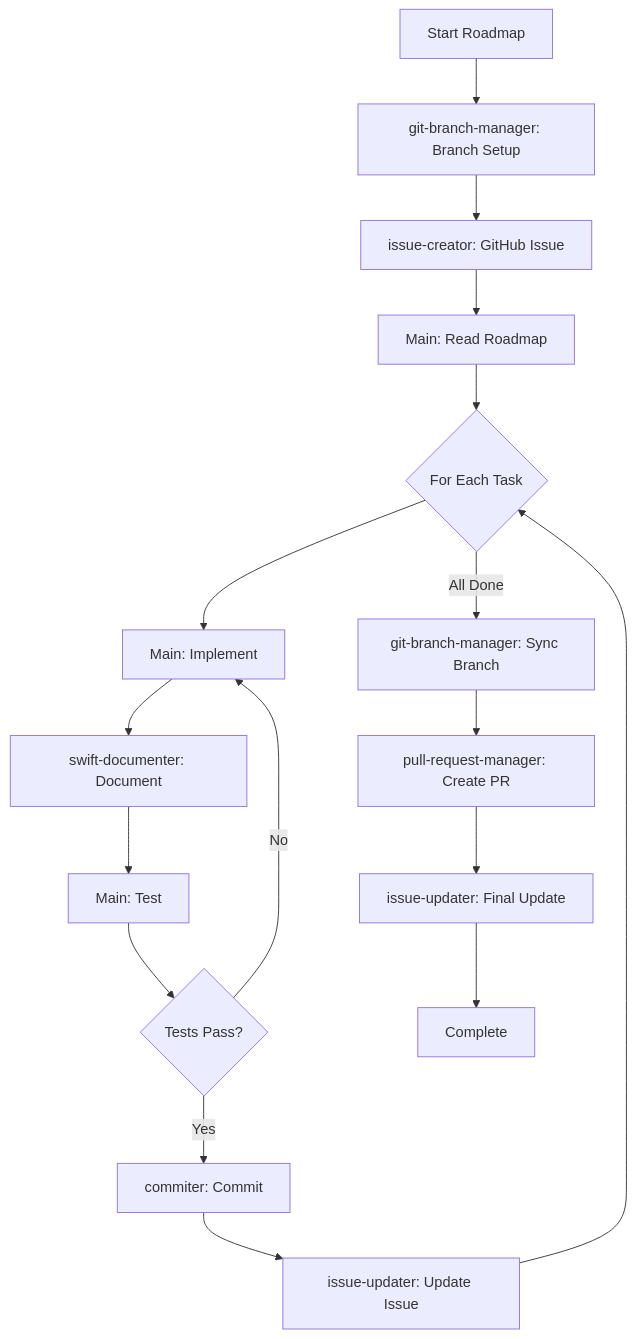
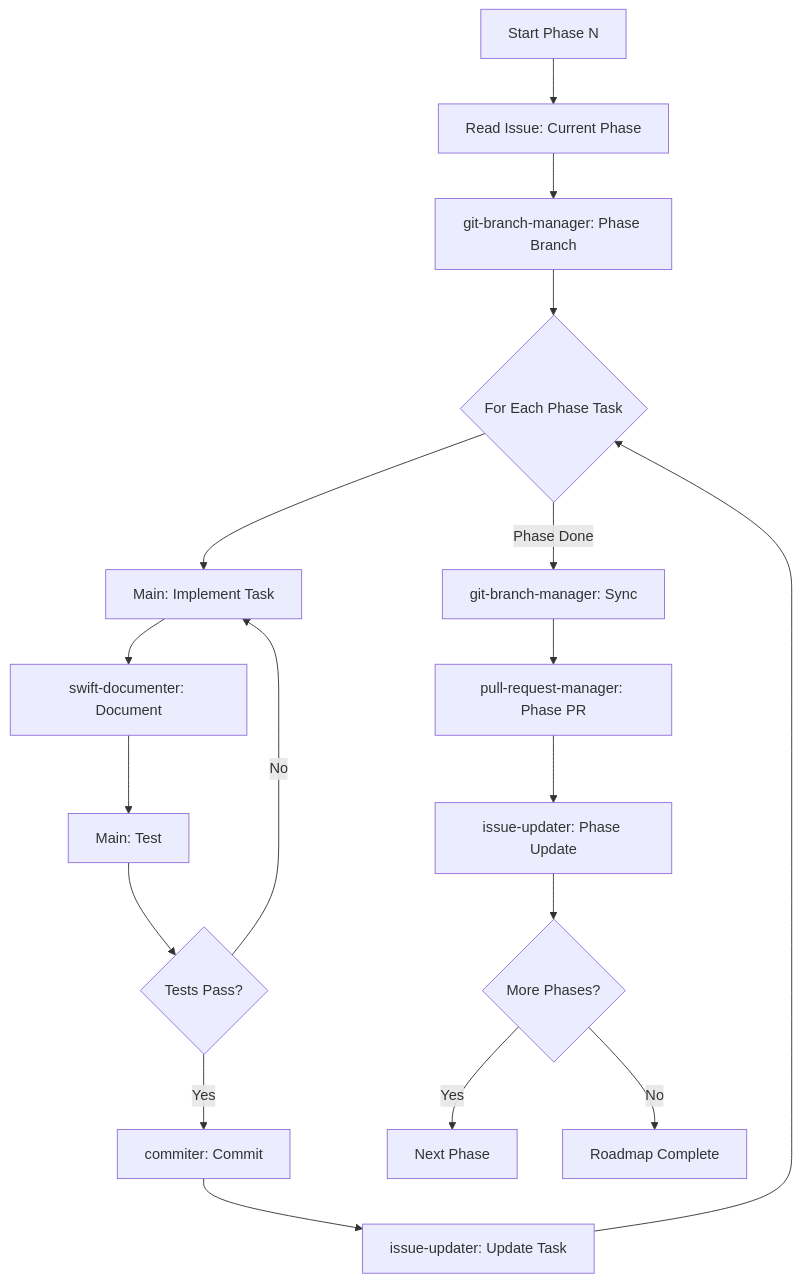
The diagram in .claude/commands/implement-roadmap.md (neon-law-foundation/Luxe), drawn with Mermaid before and after one commit. The commit also changed other lines of this file and 21 other files, not shown here.

````diff
--- a/.claude/commands/implement-roadmap.md
+++ b/.claude/commands/implement-roadmap.md
@@ -110,19 +135,20 @@
 ```mermaid
 graph TD
-    A[Start Roadmap] --> B[git-branch-manager: Branch Setup]
-    B --> C[issue-creator: GitHub Issue]
-    C --> D[Main: Read Roadmap]
-    D --> E{For Each Task}
-    E --> F[Main: Implement]
-    F --> G[swift-documenter: Document]
-    G --> H[Main: Test]
-    H --> I{Tests Pass?}
-    I -->|Yes| J[commiter: Commit]
-    I -->|No| F
-    J --> K[issue-updater: Update Issue]
-    K --> E
-    E -->|All Done| L[git-branch-manager: Sync Branch]
-    L --> M[pull-request-manager: Create PR]
-    M --> N[issue-updater: Final Update]
-    N --> O[Complete]
+    A[Start Phase N] --> B[Read Issue: Current Phase]
+    B --> C[git-branch-manager: Phase Branch]
+    C --> D{For Each Phase Task}
+    D --> E[Main: Implement Task]
+    E --> F[swift-documenter: Document]
+    F --> G[Main: Test]
+    G --> H{Tests Pass?}
+    H -->|Yes| I[commiter: Commit]
+    H -->|No| E
+    I --> J[issue-updater: Update Task]
+    J --> D
+    D -->|Phase Done| K[git-branch-manager: Sync]
+    K --> L[pull-request-manager: Phase PR]
+    L --> M[issue-updater: Phase Update]
+    M --> N{More Phases?}
+    N -->|Yes| O[Next Phase]
+    N -->|No| P[Roadmap Complete]
 ```
````
